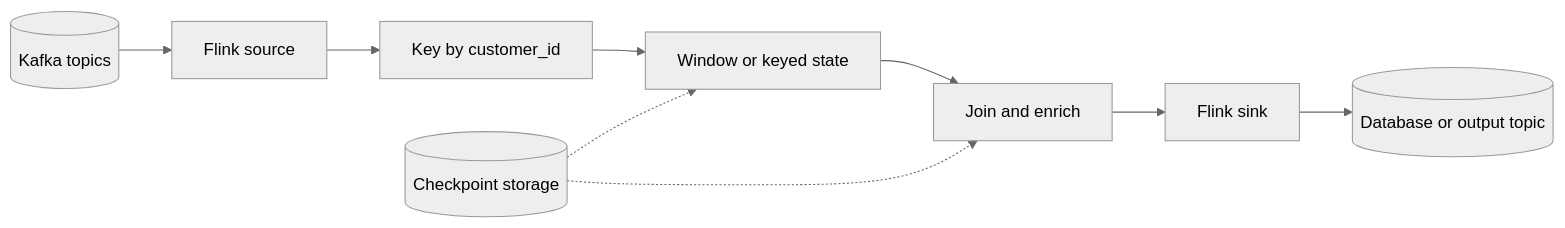
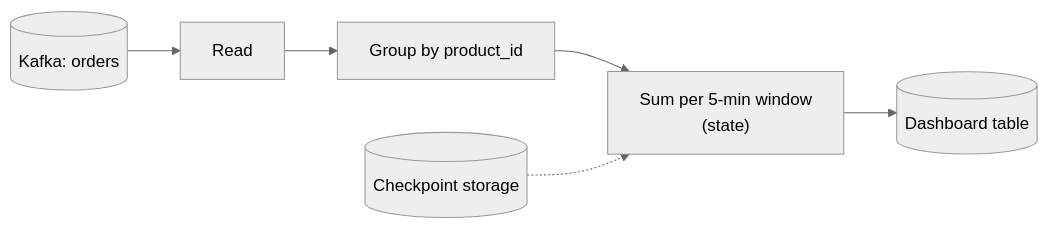
The first of 2 diagrams in streaming/flink.md (alanqi03/sys-design), drawn with Mermaid (neutral theme) before and after one commit. The commit also changed other lines of this file and 6 other files, not shown here.

````diff
--- a/streaming/flink.md
+++ b/streaming/flink.md
@@ -13,11 +22,8 @@
 ```{mermaid}
 flowchart LR
-  kafka[(Kafka topics)] --> source[Flink source]
-  source --> key[Key by customer_id]
-  key --> window[Window or keyed state]
-  window --> enrich[Join and enrich]
-  enrich --> sink[Flink sink]
-  sink --> views[(Database or output topic)]
+  kafka[(Kafka: orders)] --> source[Read]
+  source --> key["Group by product_id"]
+  key --> window["Sum per 5-min window<br/>(state)"]
+  window --> sink[(Dashboard table)]
   checkpoint[(Checkpoint storage)] -.-> window
-  checkpoint -.-> enrich
 ```
````
